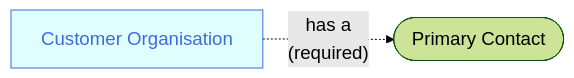
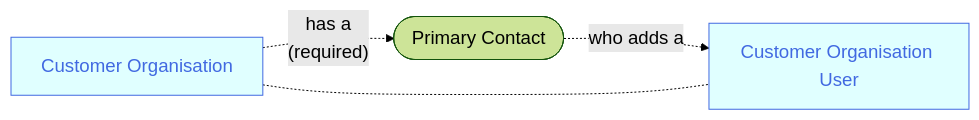
Before and after one commit to joe-dorward/samples: the diagram in 2025_Sage/04_Scenario - User to Customer.mdx, drawn with Mermaid.

Commit message:
Update 04_Scenario - User to Customer.mdx

````diff
--- a/2025_Sage/04_Scenario - User to Customer.mdx
+++ b/2025_Sage/04_Scenario - User to Customer.mdx
@@ -6,22 +6,23 @@
 ```mermaid
 %%{
   init: {
     'theme': 'forest',
     'themeVariables': {
       'fontSize':'14pt'
     }
   }
 }%%
 flowchart LR
   classDef Sage fill:seagreen, color:honeydew;
   classDef Noun fill:lightcyan, stroke:royalblue, color:royalblue;
   classDef Note fill:white, stroke:white, text-align:left;
 
   CUSTOMER_ORGANISATION_01[Customer Organisation]-.has a<br/>(required).->
-  PRIMARY_CONTACT_01([&nbsp;Primary Contact&nbsp;])
+  PRIMARY_CONTACT_01([&nbsp;Primary Contact&nbsp;])-.who adds a.->
+  CUSTOMER_ORGANISATION_USER_01[Customer Organisation User]
 
-  
+  CUSTOMER_ORGANISATION_01-.-
+  CUSTOMER_ORGANISATION_USER_01
 
-
-  class PARTNER_ORGANISATION_01,CUSTOMER_ORGANISATION_01,PRODUCT_01,SITE_01 Noun
+  class CUSTOMER_ORGANISATION_01,CUSTOMER_ORGANISATION_USER_01 Noun
 ```
````
